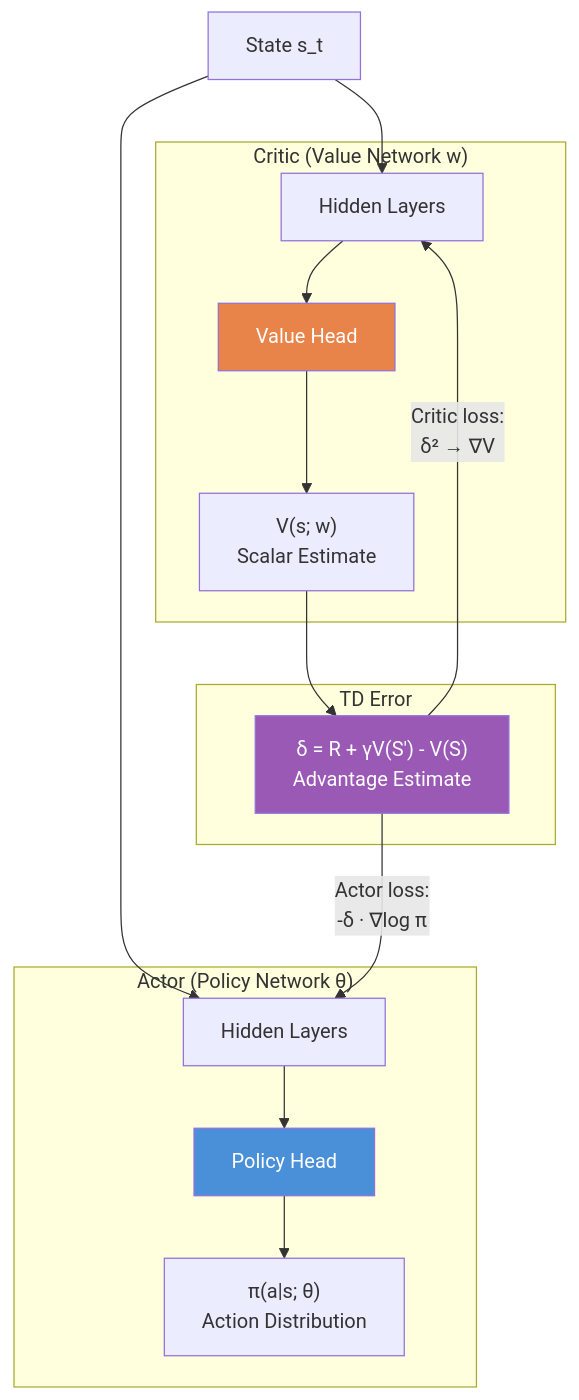
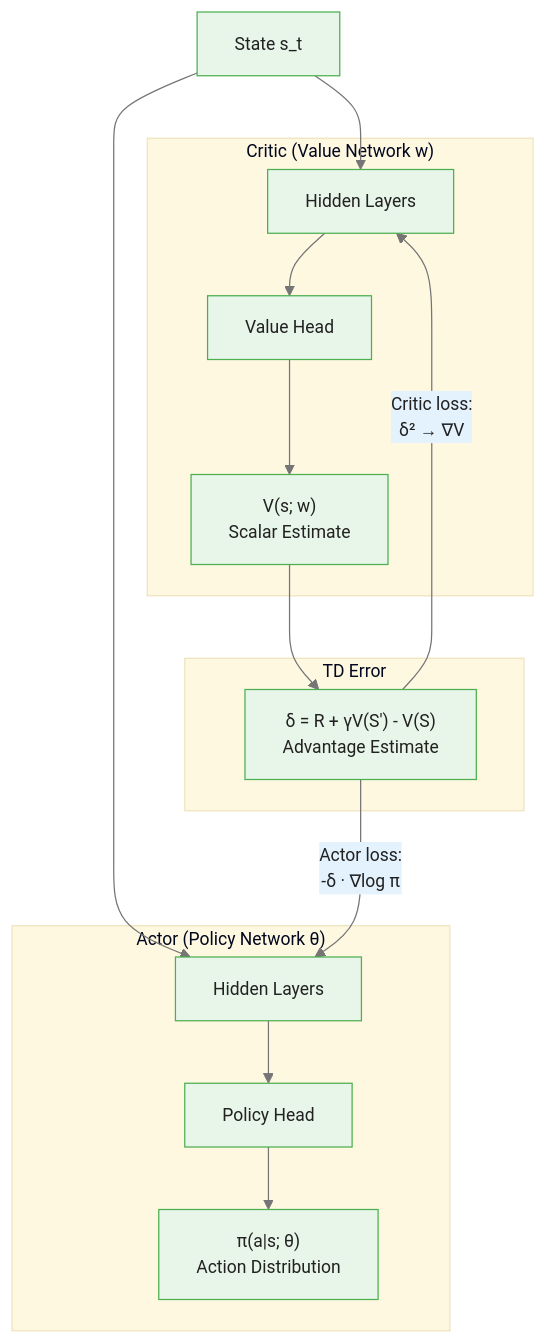
The first of 2 diagrams in courses/reinforcement-learning/modules/module_06_policy_gradient/guides/03_actor_critic_slides.md (m-deane/course-creator), drawn with Mermaid before and after one commit. The commit also changed other lines of this file and 131 other files, not shown here.

````diff
--- a/courses/reinforcement-learning/modules/module_06_policy_gradient/guides/03_actor_critic_slides.md
+++ b/courses/reinforcement-learning/modules/module_06_policy_gradient/guides/03_actor_critic_slides.md
@@ -100,33 +116,31 @@
 ```mermaid
+%%{init: {"theme": "base", "themeVariables": {"primaryColor": "#e8f5e9", "primaryBorderColor": "#4caf50", "primaryTextColor": "#212121", "secondaryColor": "#e3f2fd", "tertiaryColor": "#fff8e1", "lineColor": "#757575", "fontFamily": "Inter, sans-serif", "fontSize": "14px"}}}%%
 graph TB
     S["State s_t"]
 
     subgraph "Actor (Policy Network θ)"
         AH["Hidden Layers"]
         AP["Policy Head"]
         ADIST["π(a|s; θ)\nAction Distribution"]
     end
 
     subgraph "Critic (Value Network w)"
         CH["Hidden Layers"]
         CV["Value Head"]
         CVAL["V(s; w)\nScalar Estimate"]
     end
 
     subgraph "TD Error"
         TD["δ = R + γV(S') - V(S)\nAdvantage Estimate"]
     end
 
     S --> AH
     S --> CH
     AH --> AP --> ADIST
     CH --> CV --> CVAL
     CVAL --> TD
 
     TD -- "Actor loss:\n-δ · ∇log π" --> AH
     TD -- "Critic loss:\nδ² → ∇V" --> CH
 
-    style AP fill:#4A90D9,color:#fff
-    style CV fill:#E8844A,color:#fff
-    style TD fill:#9B59B6,color:#fff
 ```
````
